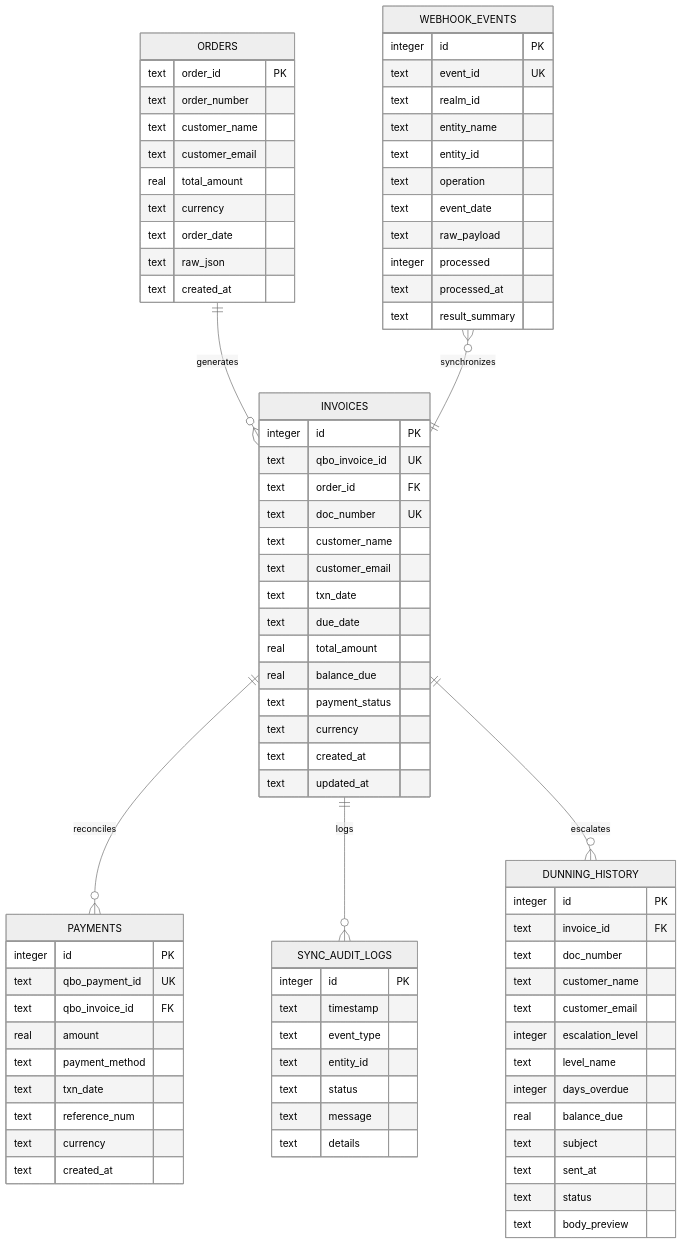
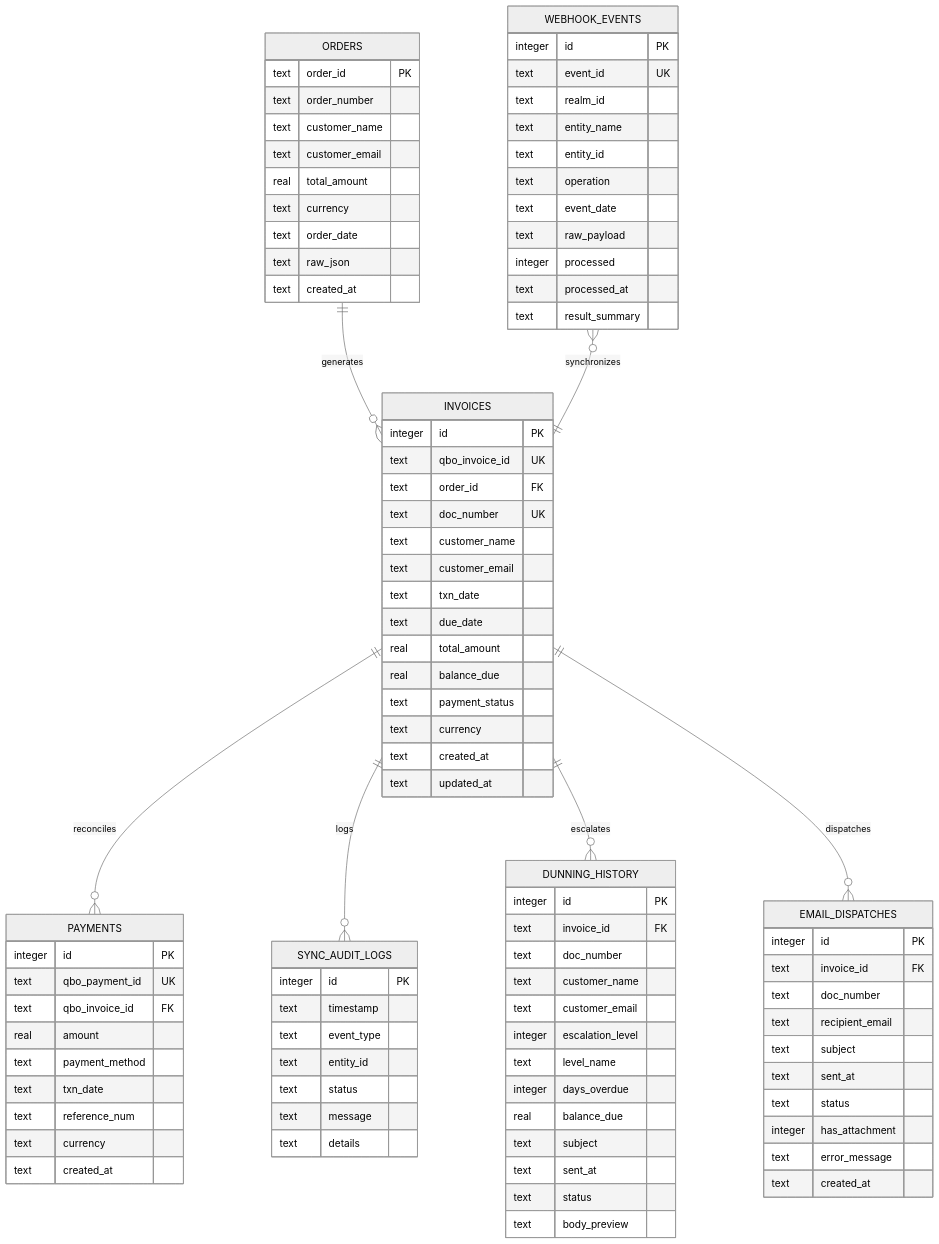
One commit to breakingthebot/quickbooks-invoice-generator-build131 changed the second of 2 diagrams in README.md. Above: the diagram before and after it, drawn with Mermaid (neutral theme). The commit also changed other lines of this file and 14 other files, not shown here.

```diff
--- a/README.md
+++ b/README.md
@@ -57,6 +62,7 @@
     INVOICES ||--o{ SYNC_AUDIT_LOGS : "logs"
     WEBHOOK_EVENTS }o--|| INVOICES : "synchronizes"
     INVOICES ||--o{ DUNNING_HISTORY : "escalates"
+    INVOICES ||--o{ EMAIL_DISPATCHES : "dispatches"
 
     ORDERS {
         text order_id PK
@@ -129,6 +135,19 @@
         text body_preview
     }
 
+    EMAIL_DISPATCHES {
+        integer id PK
+        text invoice_id FK
+        text doc_number
+        text recipient_email
+        text subject
+        text sent_at
+        text status
+        integer has_attachment
+        text error_message
+        text created_at
+    }
+
     SYNC_AUDIT_LOGS {
         integer id PK
         text timestamp
```
